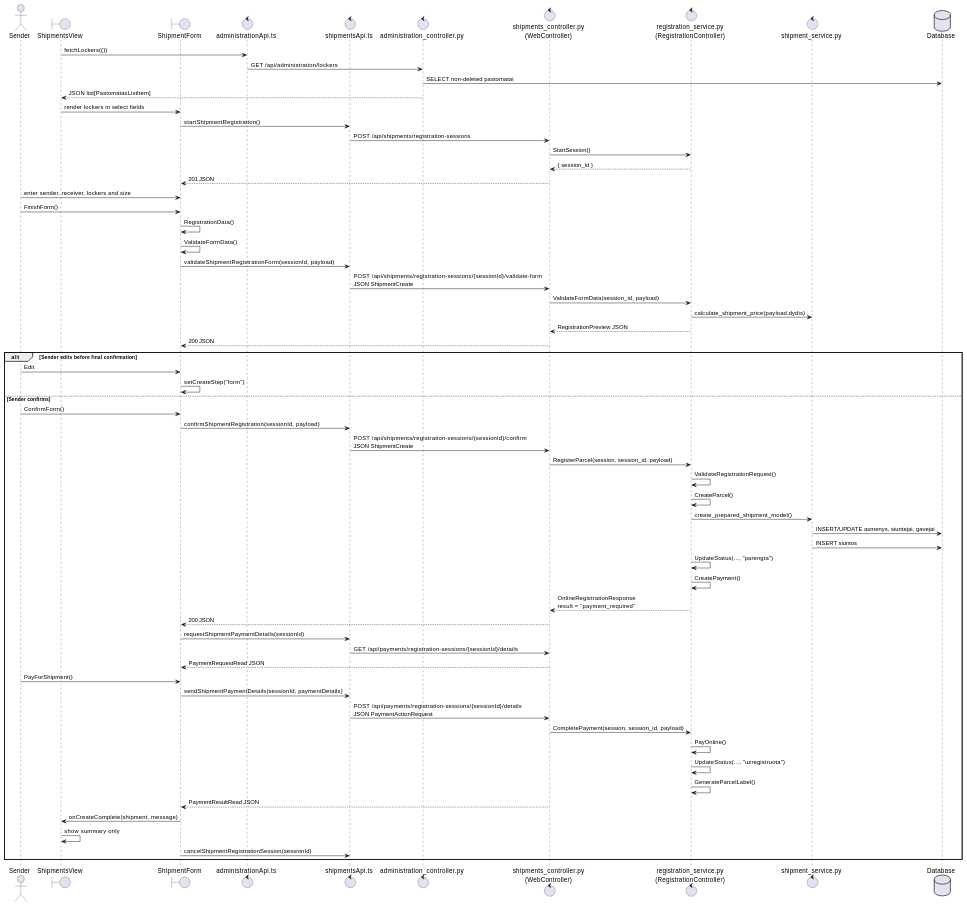
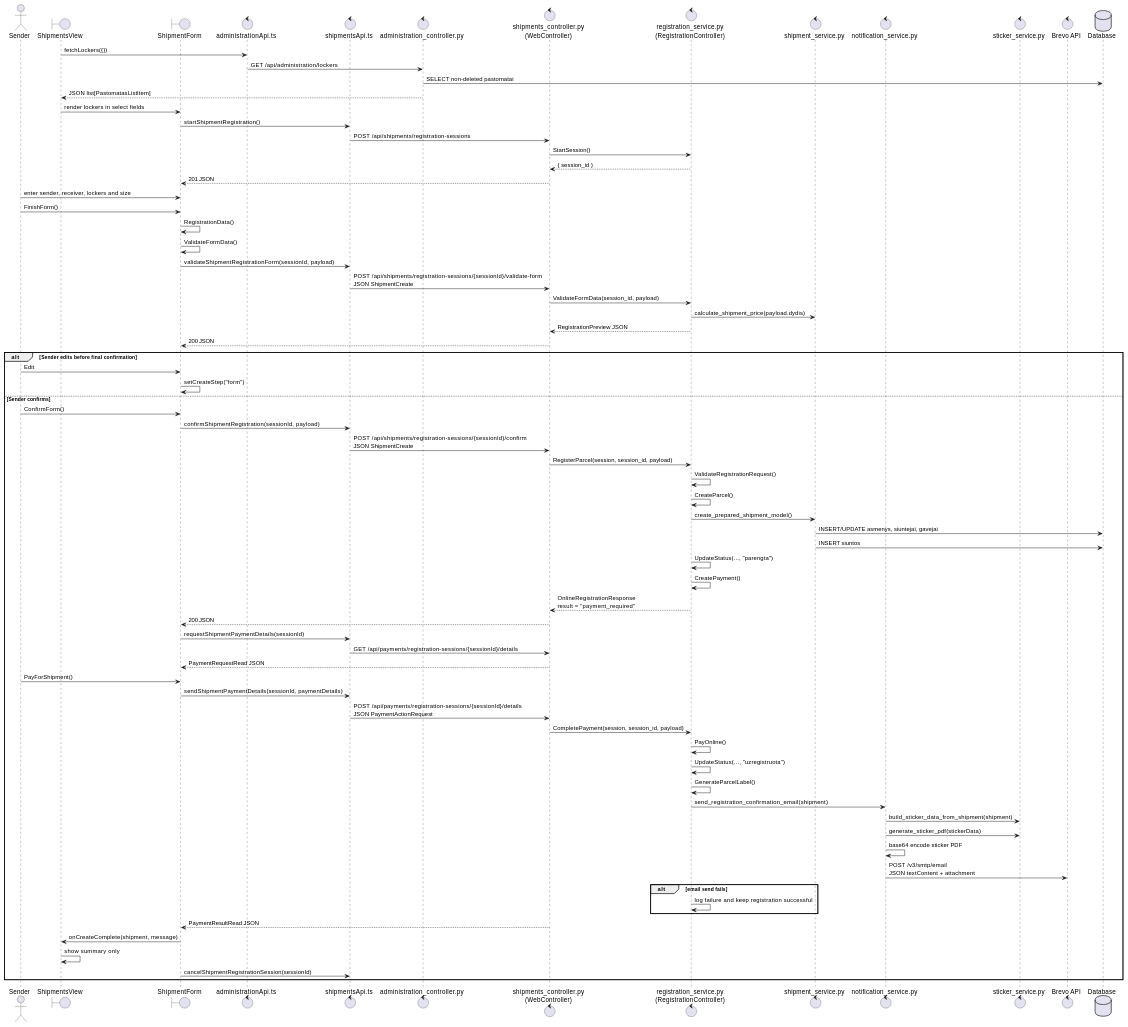
Before and after one commit to JuozasPetryla/pastomaitai: the first of 3 diagrams in docs/architecture/shipment-registration-sequences.md, drawn with PlantUML. The commit also changed other lines of this file and 5 other files, not shown here.

````diff
--- a/docs/architecture/shipment-registration-sequences.md
+++ b/docs/architecture/shipment-registration-sequences.md
@@ -9,70 +9,81 @@
 ```plantuml
 @startuml
 actor Sender
 boundary "ShipmentsView" as ShipmentsView
 boundary "ShipmentForm" as ShipmentForm
 control "administrationApi.ts" as AdministrationApi
 control "shipmentsApi.ts" as ShipmentsApi
 control "administration_controller.py" as AdministrationController
 control "shipments_controller.py\n(WebController)" as WebController
 control "registration_service.py\n(RegistrationController)" as RegistrationController
 control "shipment_service.py" as ShipmentService
+control "notification_service.py" as NotificationService
+control "sticker_service.py" as StickerService
+control "Brevo API" as Brevo
 database "Database" as Database
 
 ShipmentsView -> AdministrationApi : fetchLockers({})
 AdministrationApi -> AdministrationController : GET /api/administration/lockers
 AdministrationController -> Database : SELECT non-deleted pastomatai
 AdministrationController --> ShipmentsView : JSON list[PastomatasListItem]
 ShipmentsView -> ShipmentForm : render lockers in select fields
 
 ShipmentForm -> ShipmentsApi : startShipmentRegistration()
 ShipmentsApi -> WebController : POST /api/shipments/registration-sessions
 WebController -> RegistrationController : StartSession()
 RegistrationController --> WebController : { session_id }
 WebController --> ShipmentForm : 201 JSON
 
 Sender -> ShipmentForm : enter sender, receiver, lockers and size
 Sender -> ShipmentForm : FinishForm()
 ShipmentForm -> ShipmentForm : RegistrationData()
 ShipmentForm -> ShipmentForm : ValidateFormData()
 ShipmentForm -> ShipmentsApi : validateShipmentRegistrationForm(sessionId, payload)
 ShipmentsApi -> WebController : POST /api/shipments/registration-sessions/{sessionId}/validate-form\nJSON ShipmentCreate
 WebController -> RegistrationController : ValidateFormData(session_id, payload)
 RegistrationController -> ShipmentService : calculate_shipment_price(payload.dydis)
 RegistrationController --> WebController : RegistrationPreview JSON
 WebController --> ShipmentForm : 200 JSON
 
 alt Sender edits before final confirmation
   Sender -> ShipmentForm : Edit
   ShipmentForm -> ShipmentForm : setCreateStep("form")
 else Sender confirms
   Sender -> ShipmentForm : ConfirmForm()
   ShipmentForm -> ShipmentsApi : confirmShipmentRegistration(sessionId, payload)
   ShipmentsApi -> WebController : POST /api/shipments/registration-sessions/{sessionId}/confirm\nJSON ShipmentCreate
   WebController -> RegistrationController : RegisterParcel(session, session_id, payload)
   RegistrationController -> RegistrationController : ValidateRegistrationRequest()
   RegistrationController -> RegistrationController : CreateParcel()
   RegistrationController -> ShipmentService : create_prepared_shipment_model()
   ShipmentService -> Database : INSERT/UPDATE asmenys, siuntejai, gavejai
   ShipmentService -> Database : INSERT siuntos
   RegistrationController -> RegistrationController : UpdateStatus(..., "parengta")
   RegistrationController -> RegistrationController : CreatePayment()
   RegistrationController --> WebController : OnlineRegistrationResponse\nresult = "payment_required"
   WebController --> ShipmentForm : 200 JSON
   ShipmentForm -> ShipmentsApi : requestShipmentPaymentDetails(sessionId)
   ShipmentsApi -> WebController : GET /api/payments/registration-sessions/{sessionId}/details
   WebController --> ShipmentForm : PaymentRequestRead JSON
   Sender -> ShipmentForm : PayForShipment()
   ShipmentForm -> ShipmentsApi : sendShipmentPaymentDetails(sessionId, paymentDetails)
   ShipmentsApi -> WebController : POST /api/payments/registration-sessions/{sessionId}/details\nJSON PaymentActionRequest
   WebController -> RegistrationController : CompletePayment(session, session_id, payload)
   RegistrationController -> RegistrationController : PayOnline()
   RegistrationController -> RegistrationController : UpdateStatus(..., "uzregistruota")
   RegistrationController -> RegistrationController : GenerateParcelLabel()
+  RegistrationController -> NotificationService : send_registration_confirmation_email(shipment)
+  NotificationService -> StickerService : build_sticker_data_from_shipment(shipment)
+  NotificationService -> StickerService : generate_sticker_pdf(stickerData)
+  NotificationService -> NotificationService : base64 encode sticker PDF
+  NotificationService -> Brevo : POST /v3/smtp/email\nJSON textContent + attachment
+  alt email send fails
+    RegistrationController -> RegistrationController : log failure and keep registration successful
+  end
   WebController --> ShipmentForm : PaymentResultRead JSON
   ShipmentForm -> ShipmentsView : onCreateComplete(shipment, message)
   ShipmentsView -> ShipmentsView : show summary only
   ShipmentForm -> ShipmentsApi : cancelShipmentRegistrationSession(sessionId)
 end
 @enduml
 ```
````
